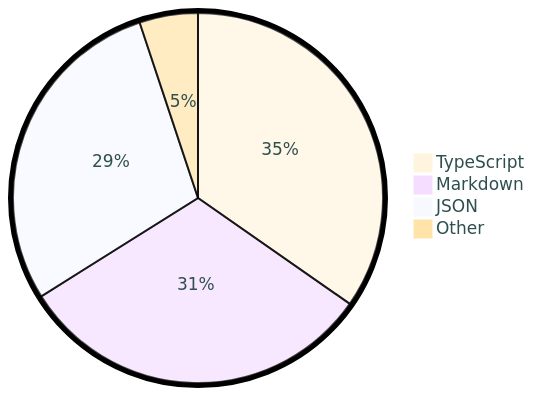
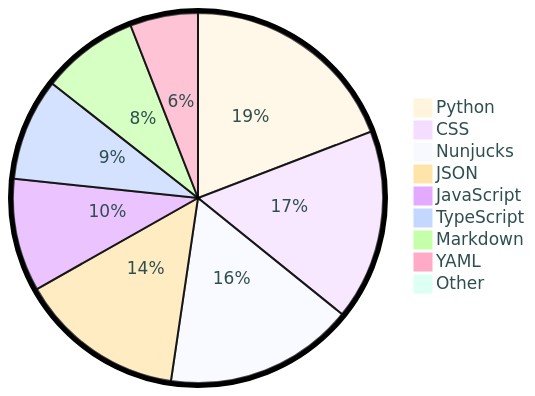
One commit to tot0p/tot0p changed the diagram in README.md. Above: the diagram before and after it, drawn with Mermaid. The commit also changed other lines of this file, not shown here.

````diff
--- a/README.md
+++ b/README.md
@@ -117,8 +123,13 @@
 ```mermaid
 %%{init: {"pie": {"textPosition": 0.5}, "themeVariables": {"pieOuterStrokeWidth": "5px","primaryTextColor" : "#2F4F4F"},"theme":"base"} }%%
 pie
-	"TypeScript": 34.69
-	"Markdown": 31.39
-	"JSON": 28.81
-	"Other": 5.11
+	"Python": 19.11
+	"CSS": 16.58
+	"Nunjucks": 16.48
+	"JSON": 14.43
+	"JavaScript": 9.82
+	"TypeScript": 8.9
+	"Markdown": 8.45
+	"YAML": 5.91
+	"Other": 0.32
 ```
````
